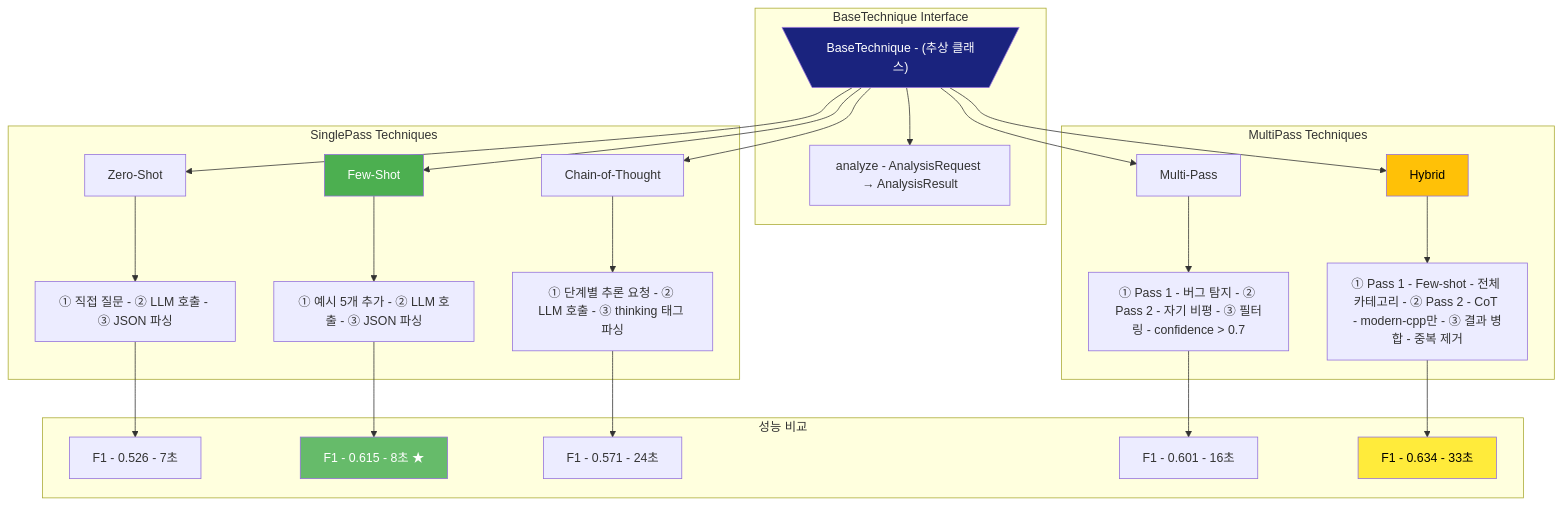
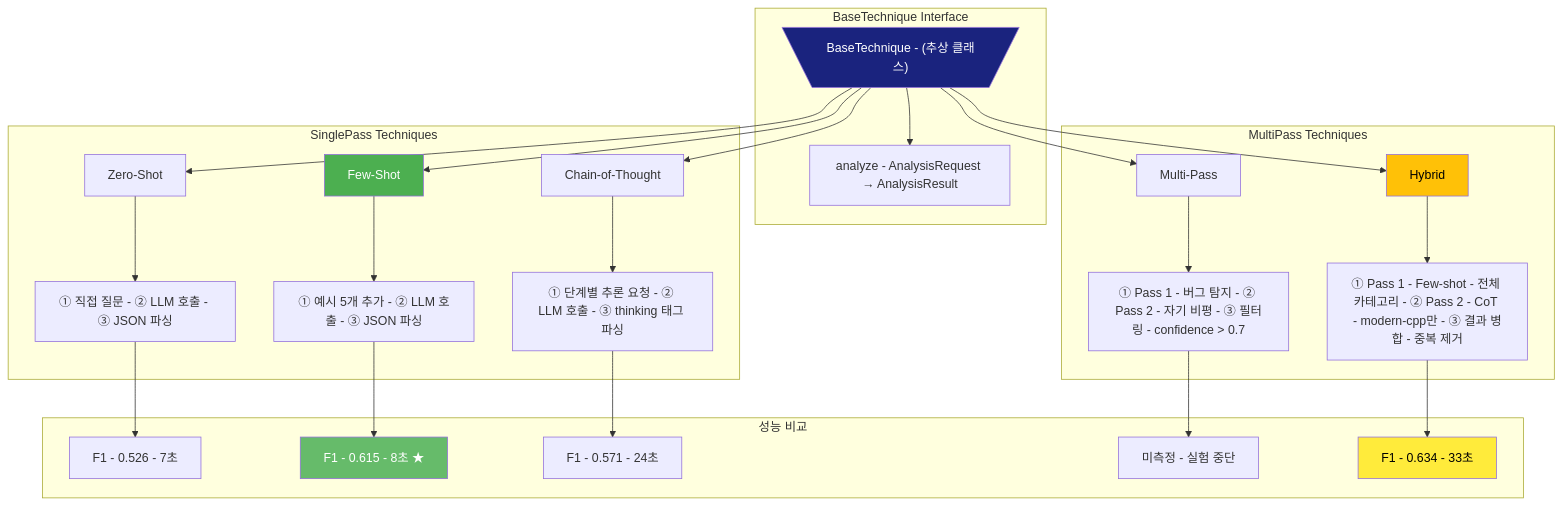
Diagram 17 of 49 in PRESENTATION.md (ApeachM/llm-code-reviewer), drawn with Mermaid before and after one commit. The commit also changed other lines of this file and 1 other file, not shown here.

````diff
--- a/PRESENTATION.md
+++ b/PRESENTATION.md
@@ -838,39 +933,39 @@
 ```mermaid
 graph TB
     subgraph "BaseTechnique Interface"
         Base[\"BaseTechnique - (추상 클래스)"/]
         Base --> Method[analyze - AnalysisRequest → AnalysisResult]
     end
 
     subgraph "SinglePass Techniques"
         Base --> ZS[Zero-Shot]
         Base --> FS[Few-Shot]
         Base --> CoT[Chain-of-Thought]
 
         ZS --> ZSFlow["① 직접 질문 - ② LLM 호출 - ③ JSON 파싱"]
         FS --> FSFlow["① 예시 5개 추가 - ② LLM 호출 - ③ JSON 파싱"]
         CoT --> CoTFlow["① 단계별 추론 요청 - ② LLM 호출 - ③ thinking 태그 파싱"]
     end
 
     subgraph "MultiPass Techniques"
         Base --> MP[Multi-Pass]
         Base --> Hybrid[Hybrid]
 
         MP --> MPFlow["① Pass 1 - 버그 탐지 - ② Pass 2 - 자기 비평 - ③ 필터링 - confidence > 0.7"]
         Hybrid --> HybridFlow["① Pass 1 - Few-shot - 전체 카테고리 - ② Pass 2 - CoT - modern-cpp만 - ③ 결과 병합 - 중복 제거"]
     end
 
     subgraph "성능 비교"
         ZSFlow --> ZSMetric[F1 - 0.526 - 7초]
         FSFlow --> FSMetric[F1 - 0.615 - 8초 ★]
         CoTFlow --> CoTMetric[F1 - 0.571 - 24초]
-        MPFlow --> MPMetric[F1 - 0.601 - 16초]
+        MPFlow --> MPMetric[미측정 - 실험 중단]
         HybridFlow --> HybridMetric[F1 - 0.634 - 33초]
     end
 
     style Base fill:#1a237e,color:#fff
     style FS fill:#4caf50,color:#fff
     style FSMetric fill:#66bb6a,color:#fff
     style Hybrid fill:#ffc107,color:#000
     style HybridMetric fill:#ffeb3b,color:#000
 ```
````
